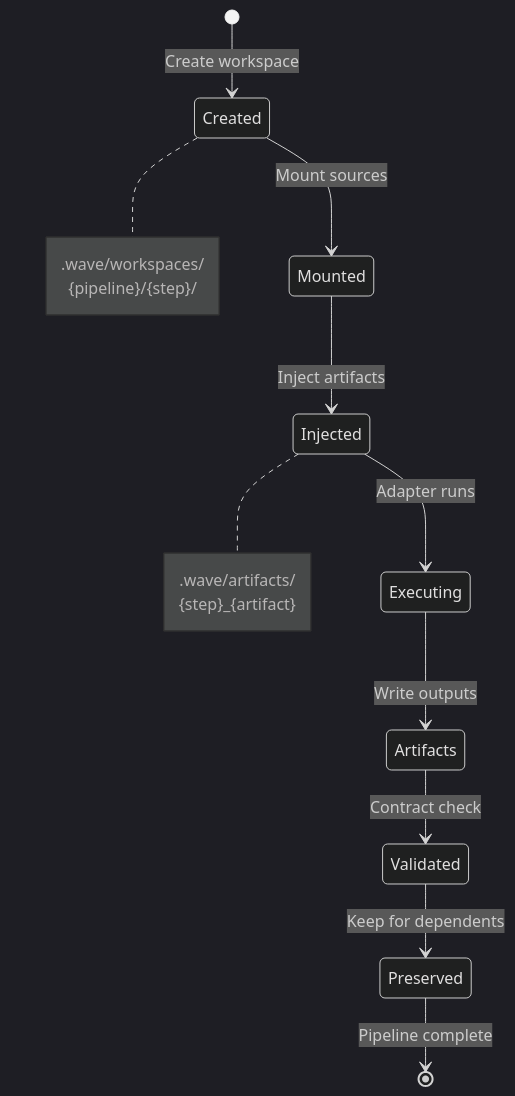
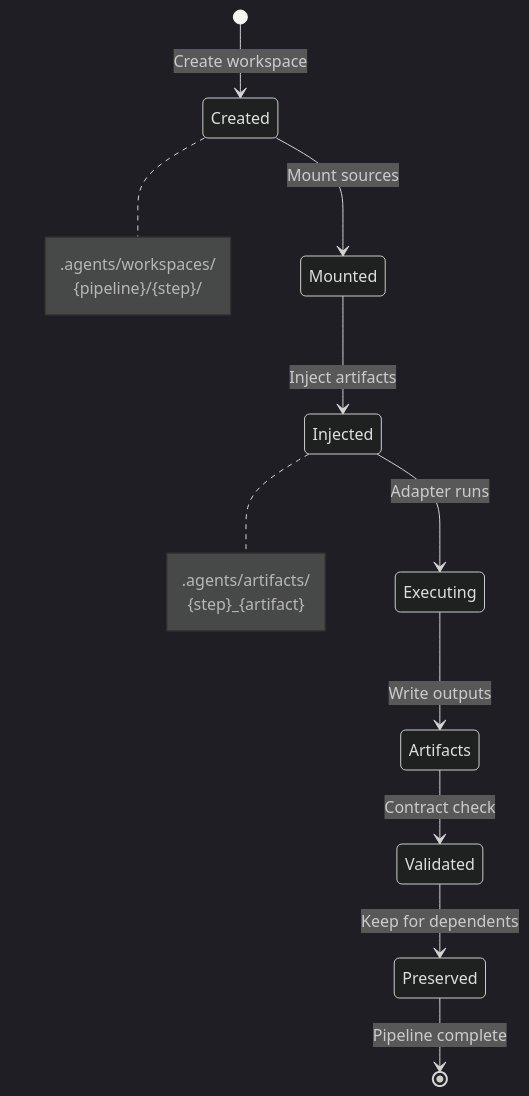
One commit to re-cinq/wave changed diagram 11 of 17 in docs/.archive/wave-architecture.md. Above: the diagram before and after it, drawn with Mermaid (dark theme). The commit also changed other lines of this file and 629 other files, not shown here.

First line of the commit message:
refactor(layout): rename .wave/ → .agents/ for cross-tool convention

````diff
--- a/docs/.archive/wave-architecture.md
+++ b/docs/.archive/wave-architecture.md
@@ -401,21 +401,21 @@
 ```mermaid
 stateDiagram-v2
     [*] --> Created: Create workspace
     Created --> Mounted: Mount sources
     Mounted --> Injected: Inject artifacts
     Injected --> Executing: Adapter runs
     Executing --> Artifacts: Write outputs
     Artifacts --> Validated: Contract check
     Validated --> Preserved: Keep for dependents
     Preserved --> [*]: Pipeline complete
 
     note right of Created
-        .wave/workspaces/
+        .agents/workspaces/
         {pipeline}/{step}/
     end note
 
     note right of Injected
-        .wave/artifacts/
+        .agents/artifacts/
         {step}_{artifact}
     end note
 ```
````
